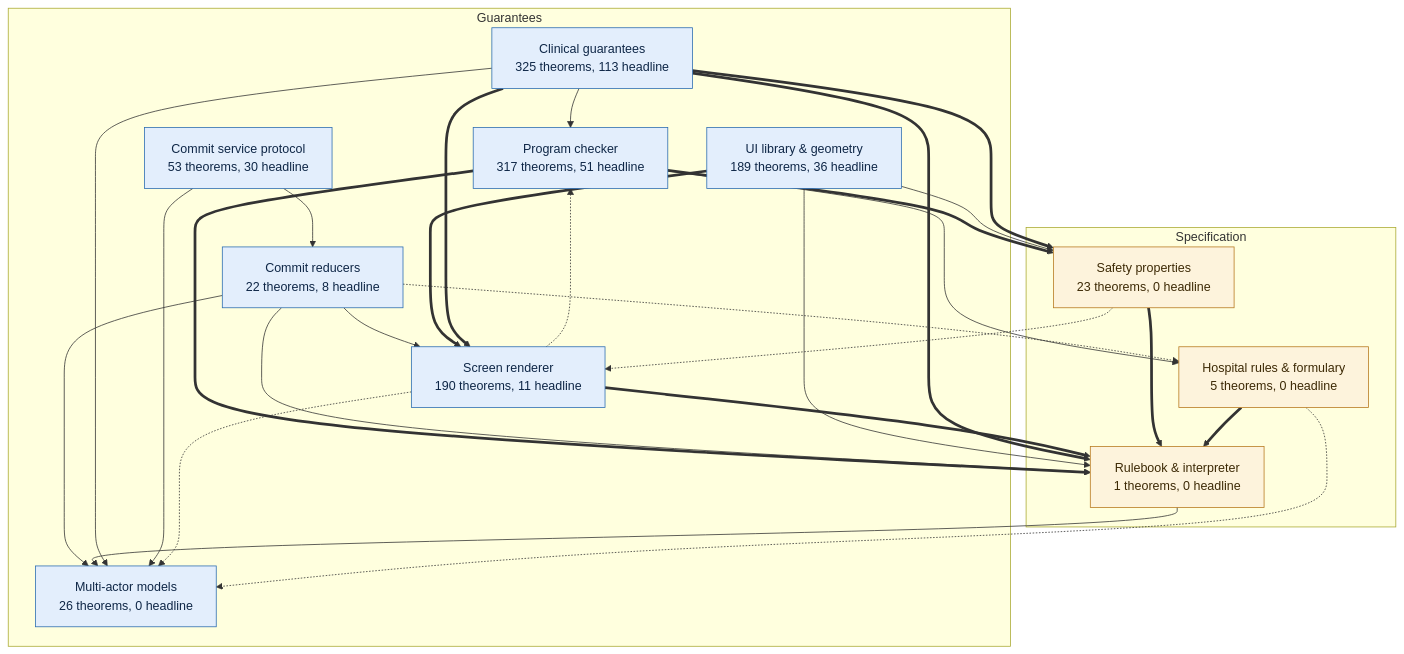
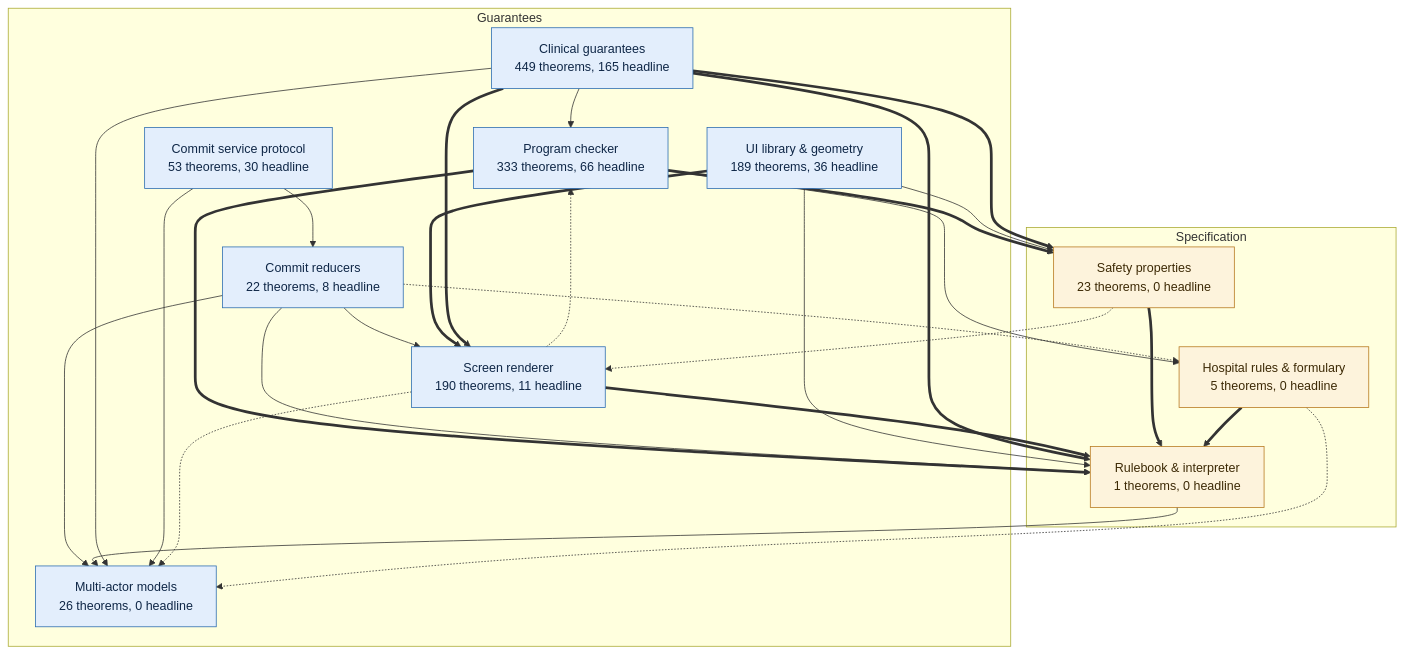
The first of 9 diagrams in docs/proof-map.md (saithat/VGI-Health), drawn with Mermaid before and after one commit. The commit also changed other lines of this file and 4 other files, not shown here.

````diff
--- a/docs/proof-map.md
+++ b/docs/proof-map.md
@@ -15,44 +15,44 @@
 ```mermaid
 flowchart TB
   subgraph guar_g["Guarantees"]
-    proofs["Clinical guarantees<br/>325 theorems, 113 headline"]:::guar
-    check["Program checker<br/>317 theorems, 51 headline"]:::guar
+    proofs["Clinical guarantees<br/>449 theorems, 165 headline"]:::guar
+    check["Program checker<br/>333 theorems, 66 headline"]:::guar
     render["Screen renderer<br/>190 theorems, 11 headline"]:::guar
     layout["UI library &amp; geometry<br/>189 theorems, 36 headline"]:::guar
     commit["Commit reducers<br/>22 theorems, 8 headline"]:::guar
     protocol["Commit service protocol<br/>53 theorems, 30 headline"]:::guar
     multi["Multi-actor models<br/>26 theorems, 0 headline"]:::guar
   end
   subgraph spec_g["Specification"]
     core["Rulebook &amp; interpreter<br/>1 theorems, 0 headline"]:::spec
     props["Safety properties<br/>23 theorems, 0 headline"]:::spec
     specs["Hospital rules &amp; formulary<br/>5 theorems, 0 headline"]:::spec
   end
   check ==> core
   check ==> props
   check --> specs
   commit --> core
   commit --> multi
   commit --> render
   commit -.-> specs
   core --> multi
   layout --> core
   layout --> props
   layout ==> render
   proofs --> check
   proofs ==> core
   proofs --> multi
   proofs ==> props
   proofs ==> render
   props ==> core
   props -.-> render
   protocol --> commit
   protocol --> multi
   render -.-> check
   render ==> core
   render -.-> multi
   specs ==> core
   specs -.-> multi
   classDef spec fill:#fdf3dc,stroke:#b7791f,color:#3d2a06
   classDef guar fill:#e3eefc,stroke:#2b6cb0,color:#0f2747
 ```
````
